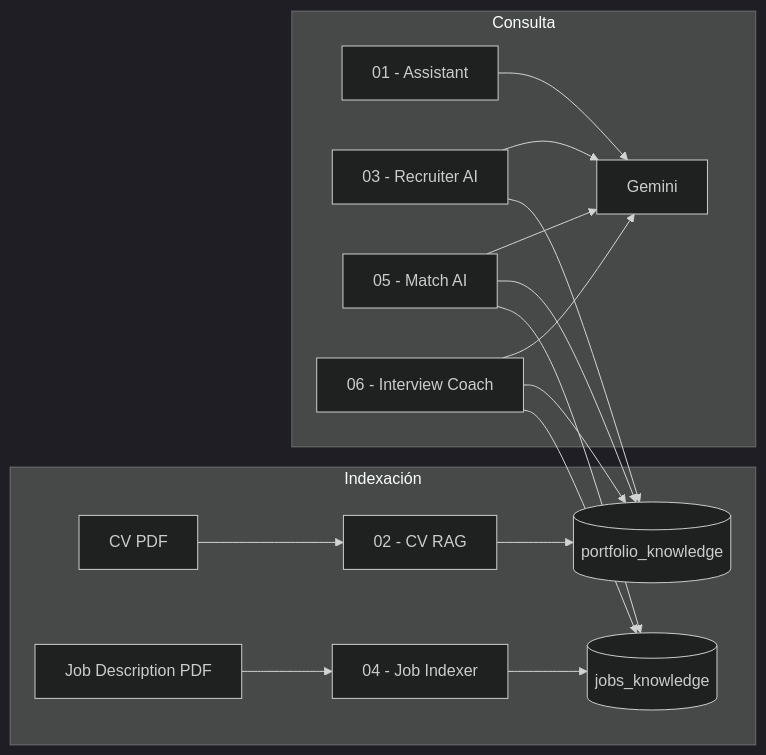
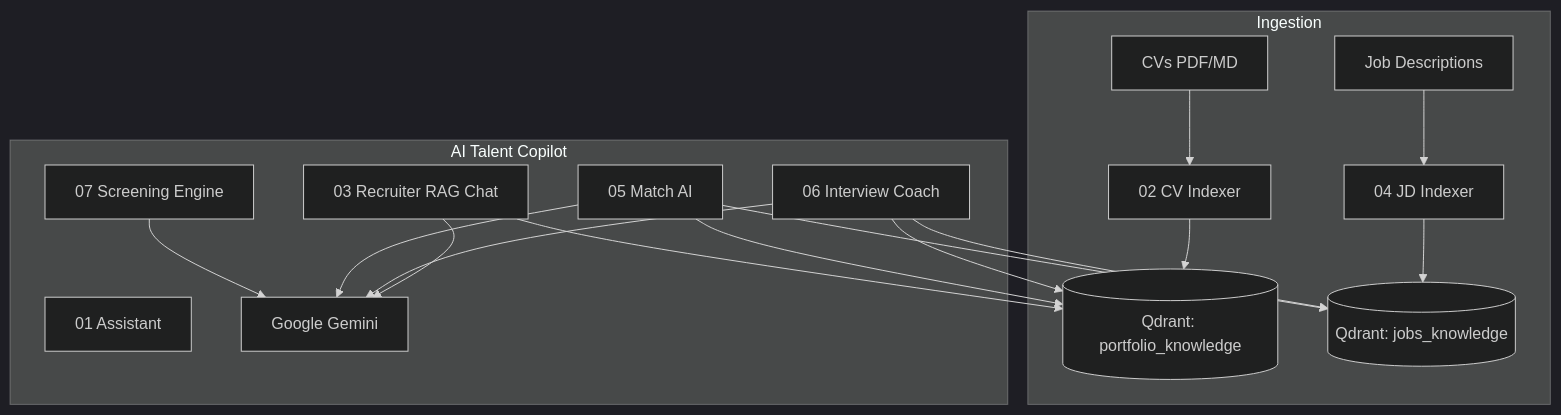
One commit to delpozochristian/ai-automation-portfolio changed the diagram in README.md. Above: the diagram before and after it, drawn with Mermaid (dark theme). The commit also changed other lines of this file and 11 other files, not shown here.

First line of the commit message:
Transform portfolio into AI Talent Copilot with Screening Engine

````diff
--- a/README.md
+++ b/README.md
@@ -22,21 +40,27 @@
 ```mermaid
-flowchart LR
-    subgraph indexacion [Indexación]
-        CV[CV PDF] --> W02[02 - CV RAG]
-        JD[Job Description PDF] --> W04[04 - Job Indexer]
-        W02 --> Q1[(portfolio_knowledge)]
-        W04 --> Q2[(jobs_knowledge)]
+flowchart TB
+    subgraph ingest [Ingestion]
+        CV[CVs PDF/MD] --> W02[02 CV Indexer]
+        JD[Job Descriptions] --> W04[04 JD Indexer]
+        W02 --> Q1[(Qdrant: portfolio_knowledge)]
+        W04 --> Q2[(Qdrant: jobs_knowledge)]
     end
 
-    subgraph consulta [Consulta]
-        W01[01 - Assistant] --> Gemini
-        W03[03 - Recruiter AI] --> Gemini
+    subgraph copilots [AI Talent Copilot]
+        W01[01 Assistant]
+        W03[03 Recruiter RAG Chat]
+        W05[05 Match AI]
+        W06[06 Interview Coach]
+        W07[07 Screening Engine]
+        Gemini[Google Gemini]
         W03 --> Q1
-        W05[05 - Match AI] --> Gemini
         W05 --> Q1
         W05 --> Q2
-        W06[06 - Interview Coach] --> Gemini
         W06 --> Q1
         W06 --> Q2
+        W07 --> Gemini
+        W05 --> Gemini
+        W06 --> Gemini
+        W03 --> Gemini
     end
 ```
````
